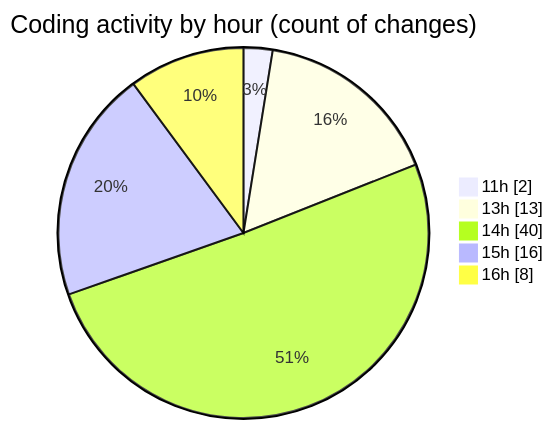
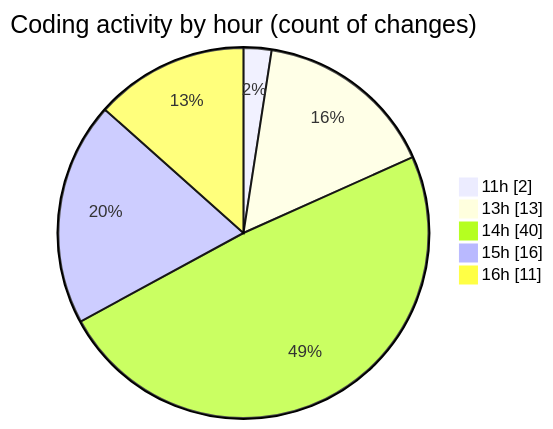
Before and after one commit to nxtqubesakshisongat/code-tracking: the second of 2 diagrams in 2026-03-22/nxtqube_webapp/README.md, drawn with Mermaid. The commit also changed other lines of this file and 1 other file, not shown here.

````diff
--- a/2026-03-22/nxtqube_webapp/README.md
+++ b/2026-03-22/nxtqube_webapp/README.md
@@ -33,9 +33,9 @@
 ```mermaid
 pie showData
 title Coding activity by hour (count of changes)
 "11h" : 2
 "13h" : 13
 "14h" : 40
 "15h" : 16
-"16h" : 8
+"16h" : 11
 ```
````
